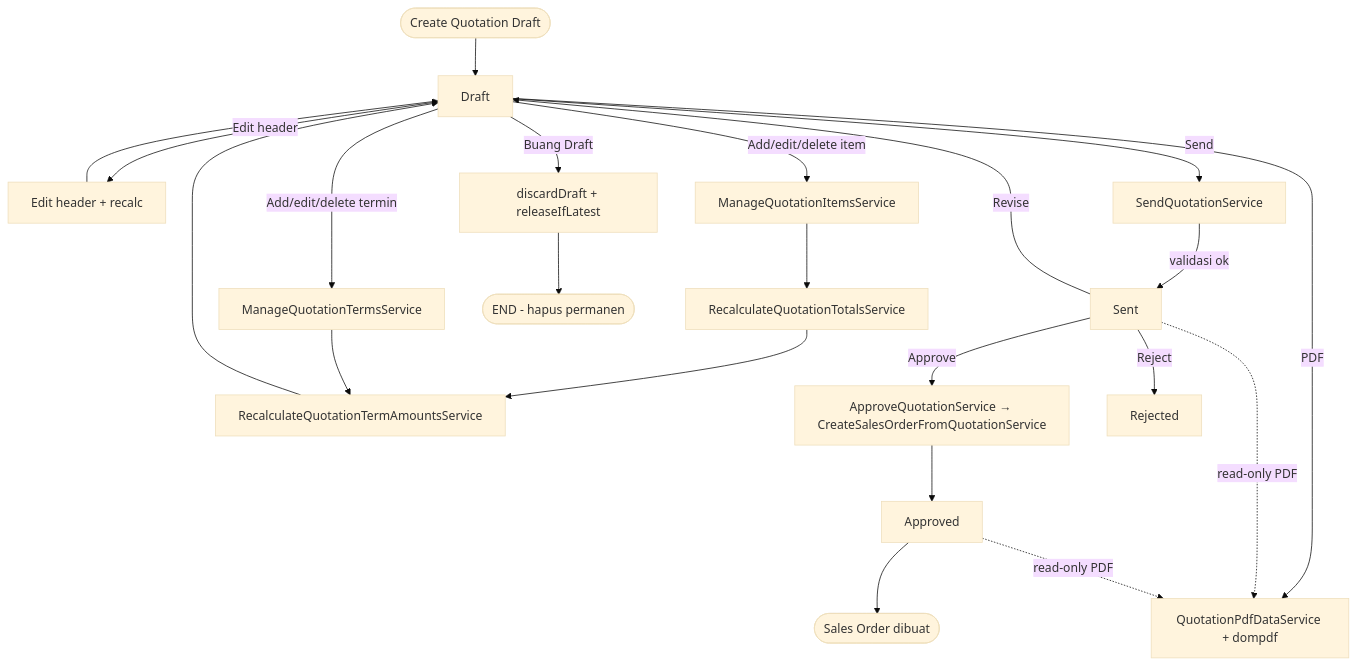
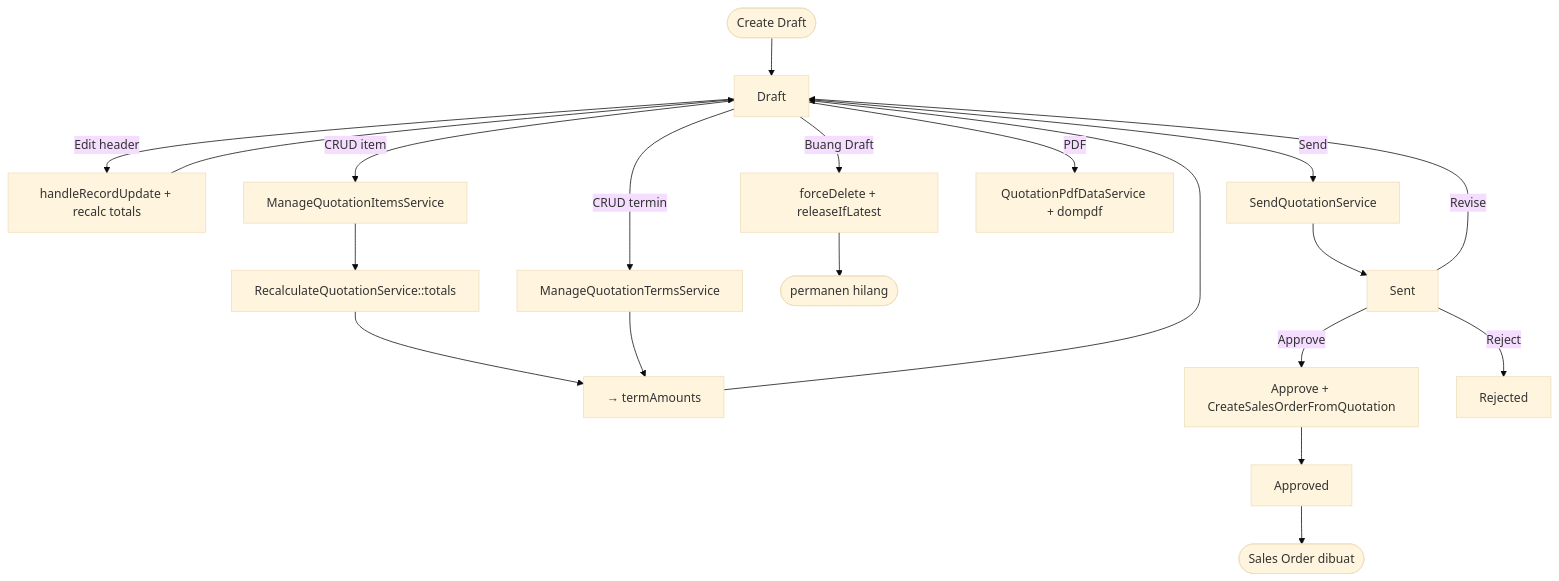
One commit to WahyuUtomo1414/Sanitra-Web changed the second of 2 diagrams in docs/code-flow/quotation.md. Above: the diagram before and after it, drawn with Mermaid (base theme). The commit also changed other lines of this file and 8 other files, not shown here.

Commit message:
update service quotation dan md

````diff
--- a/docs/code-flow/quotation.md
+++ b/docs/code-flow/quotation.md
@@ -448,24 +349,22 @@
 ```mermaid
 flowchart TD
-    Create([Create Quotation Draft]) --> Draft
-    Draft -->|Edit header| Edit[Edit header + recalc]
-    Edit --> Draft
-    Draft -->|Add/edit/delete item| ItemCRUD[ManageQuotationItemsService]
-    ItemCRUD --> Recalc[RecalculateQuotationTotalsService]
-    Recalc --> TermsRecalc[RecalculateQuotationTermAmountsService]
+    Create([Create Draft]) --> Draft
+    Draft -->|Edit header| EditHdr[handleRecordUpdate + recalc totals]
+    EditHdr --> Draft
+    Draft -->|CRUD item| ItemSvc[ManageQuotationItemsService]
+    ItemSvc --> Recalc[RecalculateQuotationService::totals]
+    Recalc --> TermsRecalc[→ termAmounts]
     TermsRecalc --> Draft
-    Draft -->|Add/edit/delete termin| TermCRUD[ManageQuotationTermsService]
-    TermCRUD --> TermsRecalc
-    Draft -->|Buang Draft| Discard[discardDraft + releaseIfLatest]
-    Discard --> End1([END - hapus permanen])
+    Draft -->|CRUD termin| TermSvc[ManageQuotationTermsService]
+    TermSvc --> TermsRecalc
+    Draft -->|Buang Draft| Discard[forceDelete + releaseIfLatest]
+    Discard --> End1([permanen hilang])
     Draft -->|Send| Send[SendQuotationService]
-    Send -->|validasi ok| Sent
-    Sent -->|Approve| ApproveFlow[ApproveQuotationService → CreateSalesOrderFromQuotationService]
+    Send --> Sent
+    Sent -->|Approve| ApproveFlow[Approve + CreateSalesOrderFromQuotation]
     ApproveFlow --> Approved
     Approved --> SO([Sales Order dibuat])
     Sent -->|Reject| Rejected
     Sent -->|Revise| Draft
     Draft -->|PDF| PdfA[QuotationPdfDataService + dompdf]
-    Sent -.->|read-only PDF| PdfA
-    Approved -.->|read-only PDF| PdfA
 ```
````
